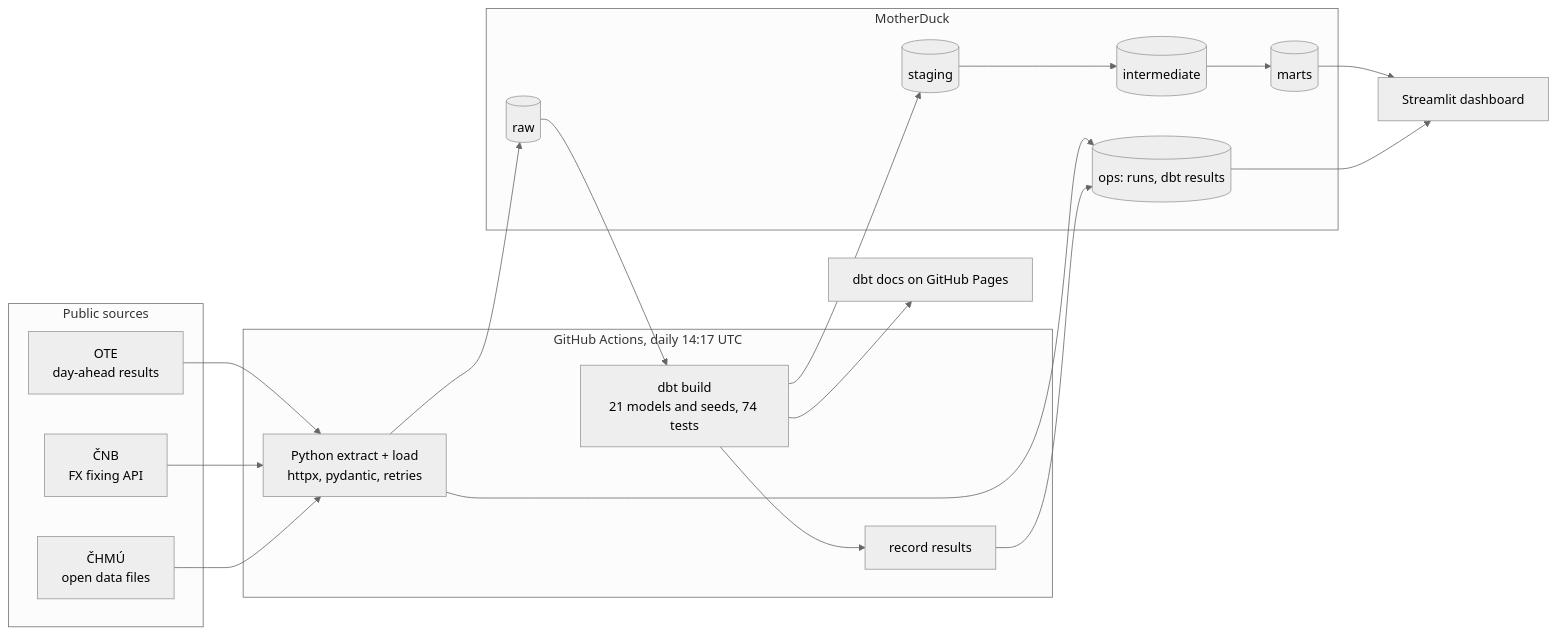
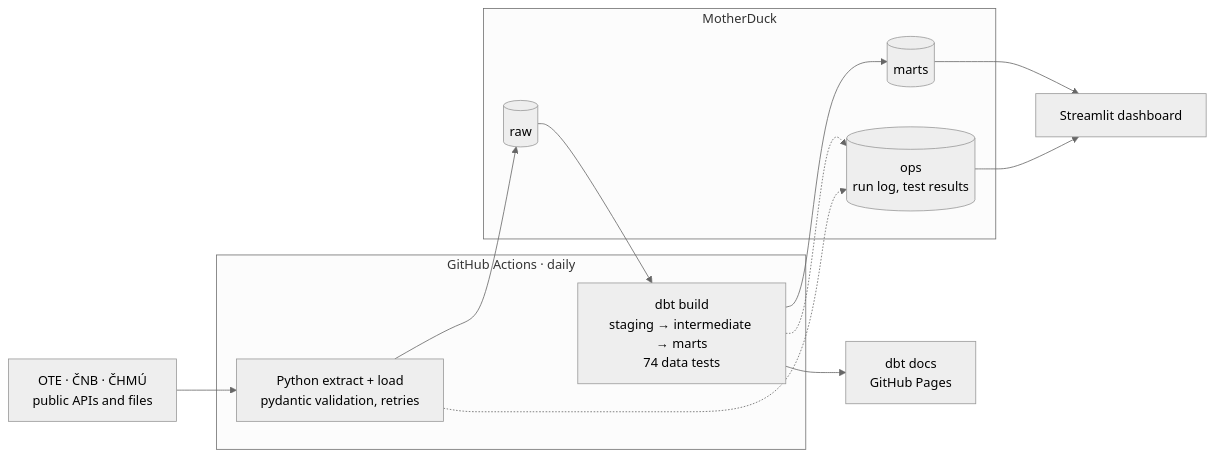
One commit to maksympostoiuk/czech-energy-pipeline changed the diagram in README.md. Above: the diagram before and after it, drawn with Mermaid (neutral theme).

Commit message:
docs: simpler architecture diagram

````diff
--- a/README.md
+++ b/README.md
@@ -28,30 +28,21 @@
 ```mermaid
 flowchart LR
-    subgraph sources[Public sources]
-        OTE[OTE<br/>day-ahead results]
-        CNB[ČNB<br/>FX fixing API]
-        CHMI[ČHMÚ<br/>open data files]
+    SRC["OTE · ČNB · ČHMÚ<br/>public APIs and files"]
+
+    subgraph GHA["GitHub Actions · daily"]
+        EL["Python extract + load<br/>pydantic validation, retries"]
+        DBT["dbt build<br/>staging → intermediate → marts<br/>74 data tests"]
     end
 
-    subgraph actions[GitHub Actions, daily 14:17 UTC]
-        EL[Python extract + load<br/>httpx, pydantic, retries]
-        DBT[dbt build<br/>21 models and seeds, 74 tests]
-        REC[record results]
+    subgraph MD["MotherDuck"]
+        RAW[("raw")]
+        MARTS[("marts")]
+        OPS[("ops<br/>run log, test results")]
     end
 
-    subgraph md[MotherDuck]
-        RAW[(raw)]
-        STG[(staging)]
-        INT[(intermediate)]
-        MART[(marts)]
-        OPS[(ops: runs, dbt results)]
-    end
-
-    OTE & CNB & CHMI --> EL --> RAW --> DBT
-    DBT --> STG --> INT --> MART
-    EL --> OPS
-    DBT --> REC --> OPS
-    MART --> APP[Streamlit dashboard]
+    SRC --> EL --> RAW --> DBT --> MARTS --> APP["Streamlit dashboard"]
+    EL -.-> OPS
+    DBT -.-> OPS
     OPS --> APP
-    DBT --> DOCS[dbt docs on GitHub Pages]
+    DBT --> DOCS["dbt docs<br/>GitHub Pages"]
 ```
````
